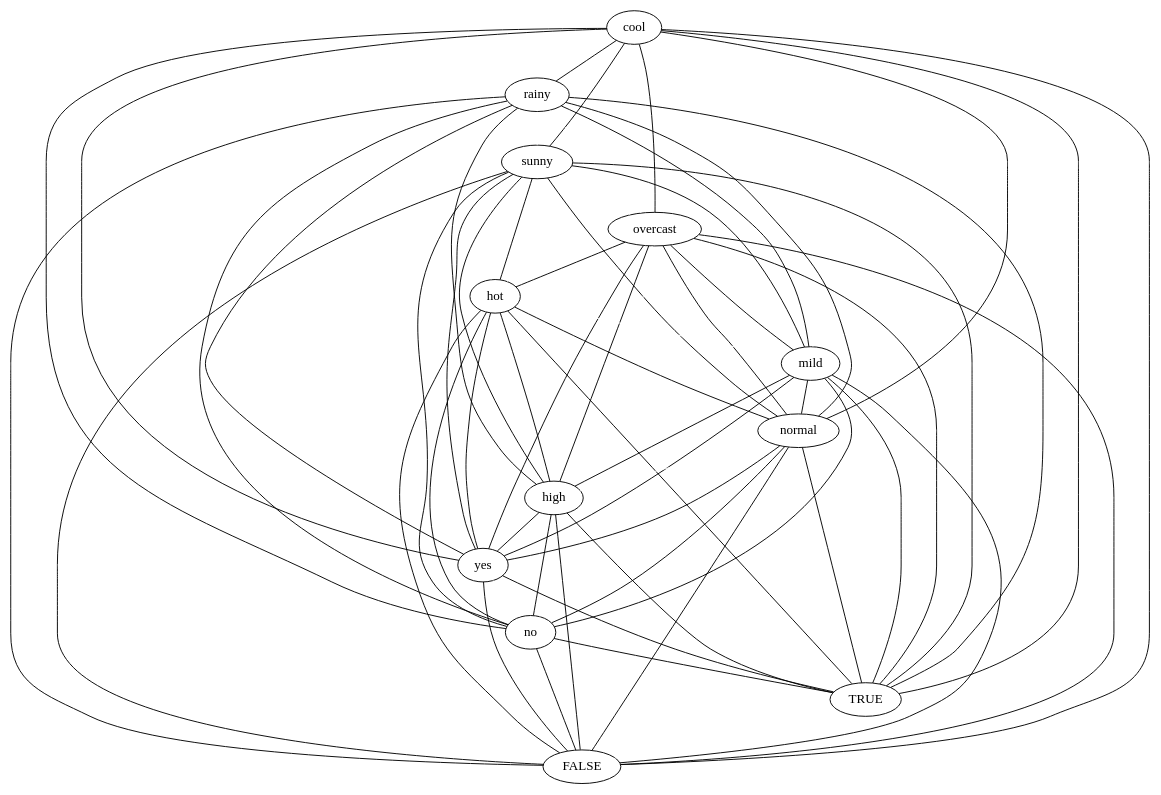
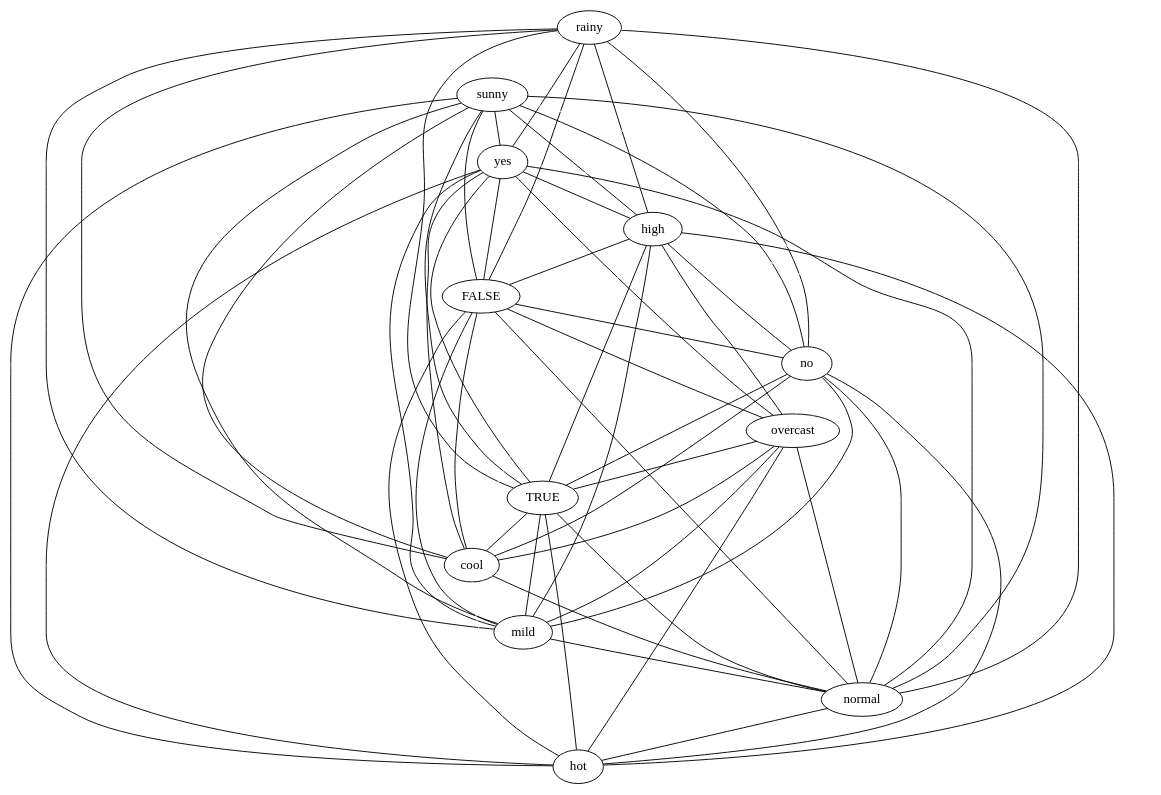
One commit to lrodrin/TFG changed the diagram in src/final/plainGraph.dot. Above: the diagram before and after it, drawn with Graphviz. The commit also changed 10 other files, not shown here.

Commit message:
nova funció que engloba les dues funcions graphOptions i 2structureOptions. Amb dues crides a Graphviz, una pel graf i l'altre per a la 2-structura + proves

```diff
--- a/src/final/plainGraph.dot
+++ b/src/final/plainGraph.dot
@@ -1,80 +1,80 @@
 strict graph "" {
-cool;
 rainy;
 sunny;
+yes;
+high;
+FALSE;
+no;
 overcast;
-hot;
+TRUE;
+cool;
 mild;
 normal;
-high;
-yes;
-no;
-TRUE;
-FALSE;
-cool -- yes  [color=black];
-cool -- sunny  [color=black];
-cool -- normal  [color=black];
-cool -- TRUE  [color=black];
-cool -- rainy  [color=black];
-cool -- no  [color=black];
-cool -- mild  [color=white];
-cool -- overcast  [color=black];
-cool -- FALSE  [color=black];
-cool -- high  [color=white];
-cool -- hot  [color=white];
+hot;
+rainy -- sunny  [color=white];
+rainy -- yes  [color=black];
+rainy -- high  [color=black];
+rainy -- cool  [color=black];
 rainy -- FALSE  [color=black];
-rainy -- sunny  [color=white];
-rainy -- TRUE  [color=black];
-rainy -- normal  [color=black];
 rainy -- no  [color=black];
 rainy -- mild  [color=black];
 rainy -- overcast  [color=white];
-rainy -- yes  [color=black];
-rainy -- high  [color=black];
+rainy -- normal  [color=black];
 rainy -- hot  [color=white];
-sunny -- hot  [color=black];
-sunny -- normal  [color=black];
-sunny -- TRUE  [color=black];
+rainy -- TRUE  [color=black];
+sunny -- yes  [color=black];
+sunny -- high  [color=black];
+sunny -- cool  [color=black];
+sunny -- FALSE  [color=black];
 sunny -- no  [color=black];
 sunny -- mild  [color=black];
 sunny -- overcast  [color=white];
-sunny -- yes  [color=black];
-sunny -- high  [color=black];
-sunny -- FALSE  [color=black];
-overcast -- FALSE  [color=black];
-overcast -- TRUE  [color=black];
-overcast -- normal  [color=black];
-overcast -- no  [color=white];
-overcast -- mild  [color=black];
-overcast -- yes  [color=black];
-overcast -- high  [color=black];
-overcast -- hot  [color=black];
-hot -- normal  [color=black];
-hot -- TRUE  [color=black];
-hot -- no  [color=black];
-hot -- mild  [color=white];
-hot -- yes  [color=black];
-hot -- high  [color=black];
-hot -- FALSE  [color=black];
-mild -- normal  [color=black];
-mild -- TRUE  [color=black];
-mild -- no  [color=black];
-mild -- FALSE  [color=black];
-mild -- yes  [color=black];
-mild -- high  [color=black];
-normal -- FALSE  [color=black];
-normal -- TRUE  [color=black];
-normal -- no  [color=black];
-normal -- yes  [color=black];
-normal -- high  [color=white];
+sunny -- normal  [color=black];
+sunny -- hot  [color=black];
+sunny -- TRUE  [color=black];
+yes -- high  [color=black];
+yes -- cool  [color=black];
+yes -- FALSE  [color=black];
+yes -- no  [color=white];
+yes -- mild  [color=black];
+yes -- overcast  [color=black];
+yes -- normal  [color=black];
+yes -- hot  [color=black];
+yes -- TRUE  [color=black];
+high -- cool  [color=white];
 high -- FALSE  [color=black];
 high -- no  [color=black];
-high -- yes  [color=black];
+high -- mild  [color=black];
+high -- overcast  [color=black];
+high -- normal  [color=white];
+high -- hot  [color=black];
 high -- TRUE  [color=black];
-yes -- TRUE  [color=black];
-yes -- no  [color=white];
-yes -- FALSE  [color=black];
-no -- FALSE  [color=black];
+FALSE -- cool  [color=black];
+FALSE -- no  [color=black];
+FALSE -- mild  [color=black];
+FALSE -- overcast  [color=black];
+FALSE -- normal  [color=black];
+FALSE -- hot  [color=black];
+FALSE -- TRUE  [color=white];
+no -- cool  [color=black];
+no -- mild  [color=black];
+no -- overcast  [color=white];
+no -- normal  [color=black];
+no -- hot  [color=black];
 no -- TRUE  [color=black];
-TRUE -- FALSE  [color=white];
+overcast -- cool  [color=black];
+overcast -- mild  [color=black];
+overcast -- normal  [color=black];
+overcast -- hot  [color=black];
+overcast -- TRUE  [color=black];
+TRUE -- cool  [color=black];
+TRUE -- mild  [color=black];
+TRUE -- normal  [color=black];
+TRUE -- hot  [color=black];
+cool -- mild  [color=white];
+cool -- normal  [color=black];
+cool -- hot  [color=white];
+mild -- normal  [color=black];
+mild -- hot  [color=white];
+normal -- hot  [color=black];
 }
```
